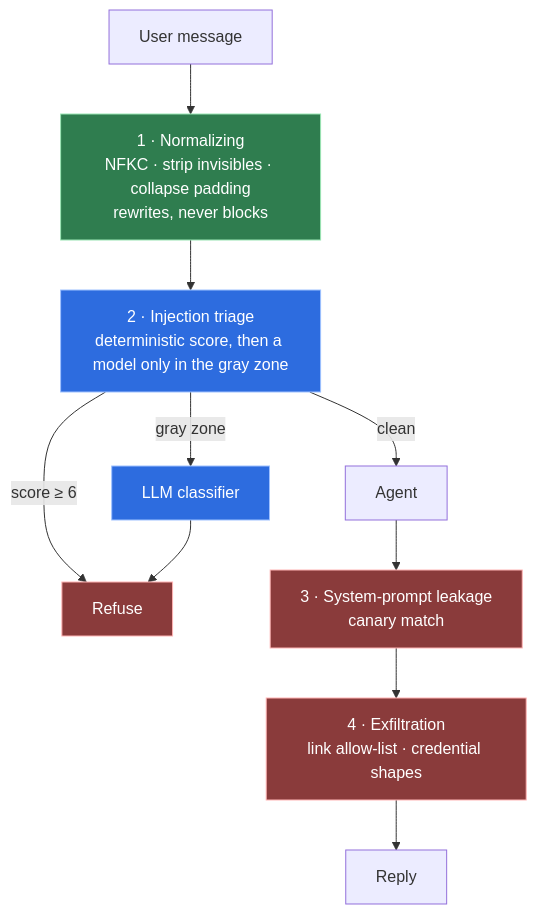
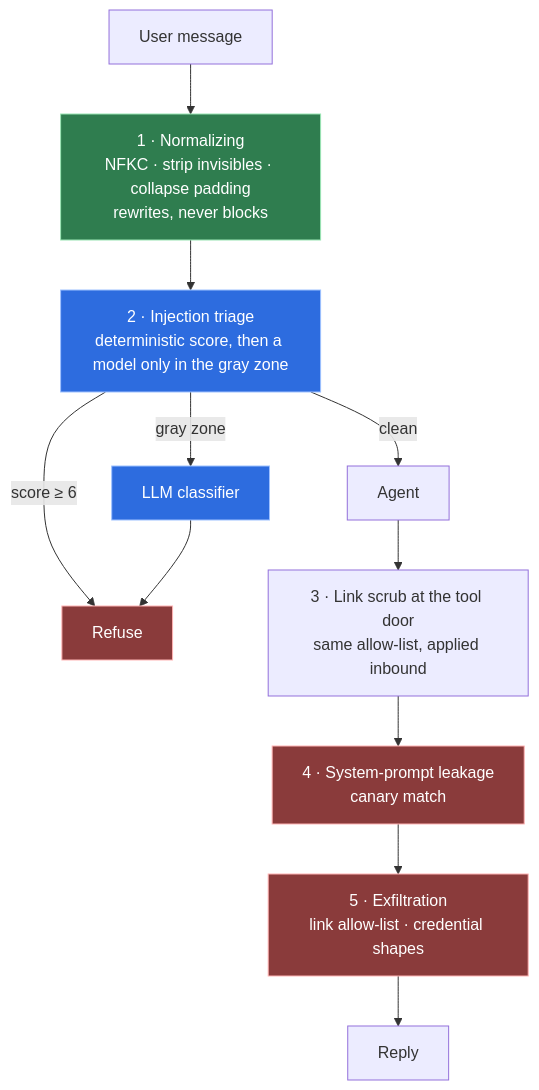
One commit to rodrigorjsf/java-micronaut-langchain4j-poc changed the diagram in docs/adr/0008-layered-prompt-injection-defence.md. Above: the diagram before and after it, drawn with Mermaid. The commit also changed 19 other files, not shown here.

````diff
--- a/docs/adr/0008-layered-prompt-injection-defence.md
+++ b/docs/adr/0008-layered-prompt-injection-defence.md
@@ -17,19 +17,20 @@
 ```mermaid
 flowchart TB
     classDef rewrite fill:#2f7d4f,stroke:#9ae6b4,color:#ffffff
     classDef decide fill:#2d6cdf,stroke:#9ec1ff,color:#ffffff
     classDef out fill:#8a3b3b,stroke:#ffb4b4,color:#ffffff
 
     U[User message] --> N["1 · Normalizing<br/>NFKC · strip invisibles · collapse padding<br/>rewrites, never blocks"]
     N --> T["2 · Injection triage<br/>deterministic score, then a model only in the gray zone"]
     T -->|clean| A[Agent]
     T -->|"score ≥ 6"| X[Refuse]
     T -->|"gray zone"| J["LLM classifier"] --> X
-    A --> L["3 · System-prompt leakage<br/>canary match"]
-    L --> E["4 · Exfiltration<br/>link allow-list · credential shapes"]
+    A --> D["3 · Link scrub at the tool door<br/>same allow-list, applied inbound"]
+    D --> L["4 · System-prompt leakage<br/>canary match"]
+    L --> E["5 · Exfiltration<br/>link allow-list · credential shapes"]
     E --> R[Reply]
 
     class N rewrite
     class T,J decide
     class L,E,X out
 ```
````
